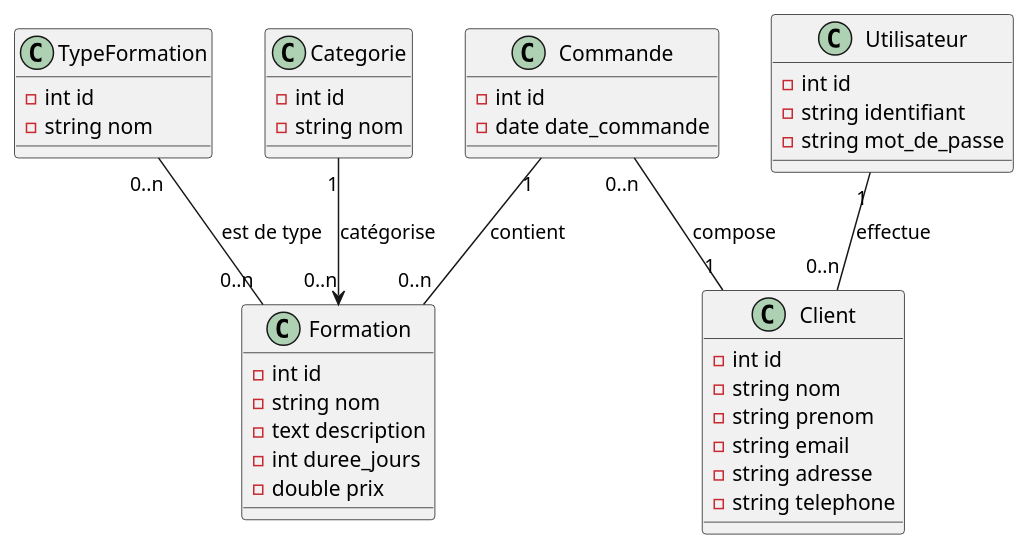
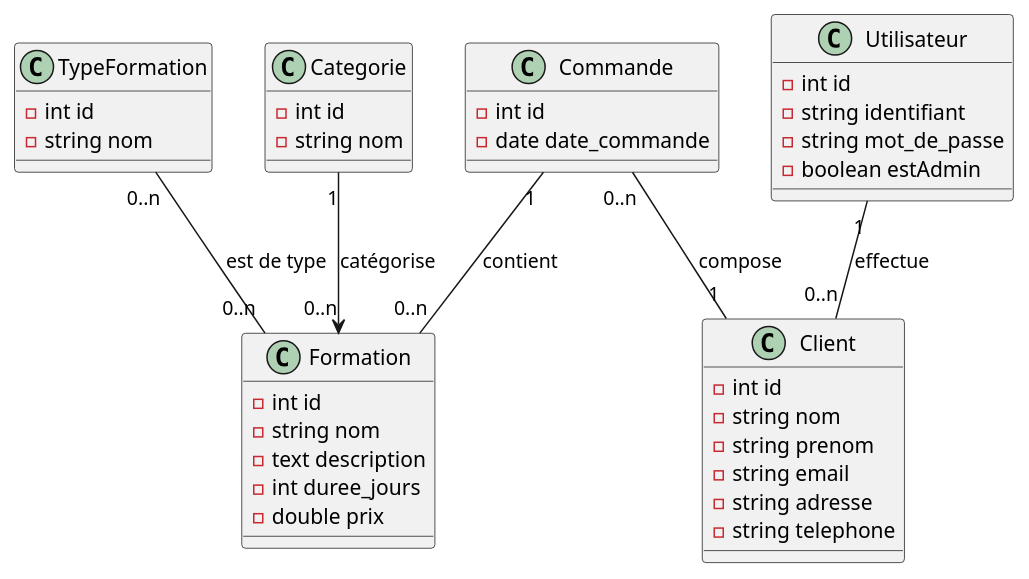
One commit to DucasseRafael91/VenteFormation changed the diagram in doc/uml/2-class/venteFormation-class.puml. Above: the diagram before and after it, drawn with PlantUML. The commit also changed 3 other files, not shown here.

```diff
--- a/doc/uml/2-class/venteFormation-class.puml
+++ b/doc/uml/2-class/venteFormation-class.puml
@@ -1,47 +1,48 @@
 @startuml VenteFormation
 
 class Formation {
     -int id
     -string nom
     -text description
     -int duree_jours
     -double prix
 }
 
 class TypeFormation {
     -int id
     -string nom
 }
 
 class Categorie {
     -int id
     -string nom
 }
 
 class Utilisateur {
     -int id
     -string identifiant
     -string mot_de_passe
+    -boolean estAdmin
 }
 
 class Client {
     -int id
     -string nom
     -string prenom
     -string email
     -string adresse
     -string telephone
 }
 
 class Commande {
     -int id
     -date date_commande
 }
 
 Categorie "1" --> "0..n" Formation : catégorise
 TypeFormation "0..n" -- "0..n" Formation : est de type
 Utilisateur "1" -- "0..n" Client : effectue
 Commande "1" -- "0..n" Formation : contient
 Commande "0..n" -- "1" Client : compose
 
 @enduml
```
